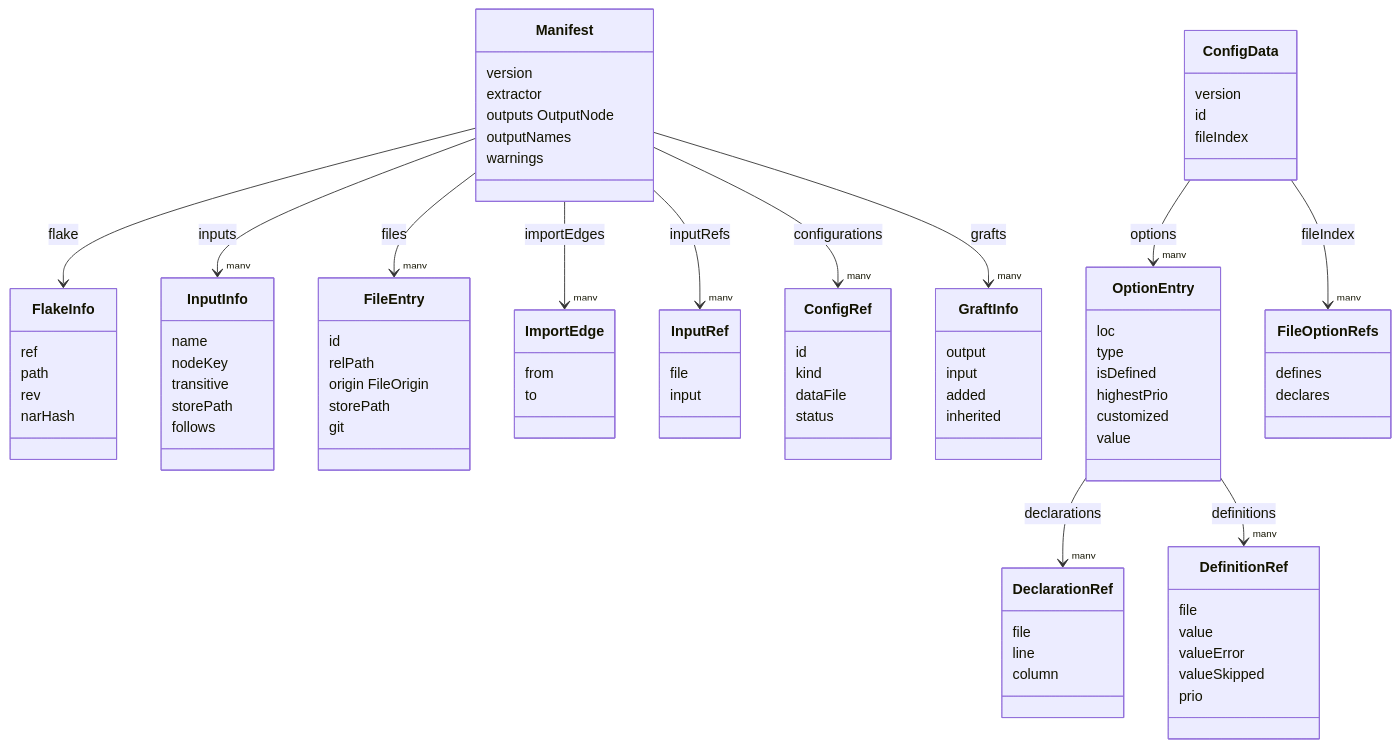
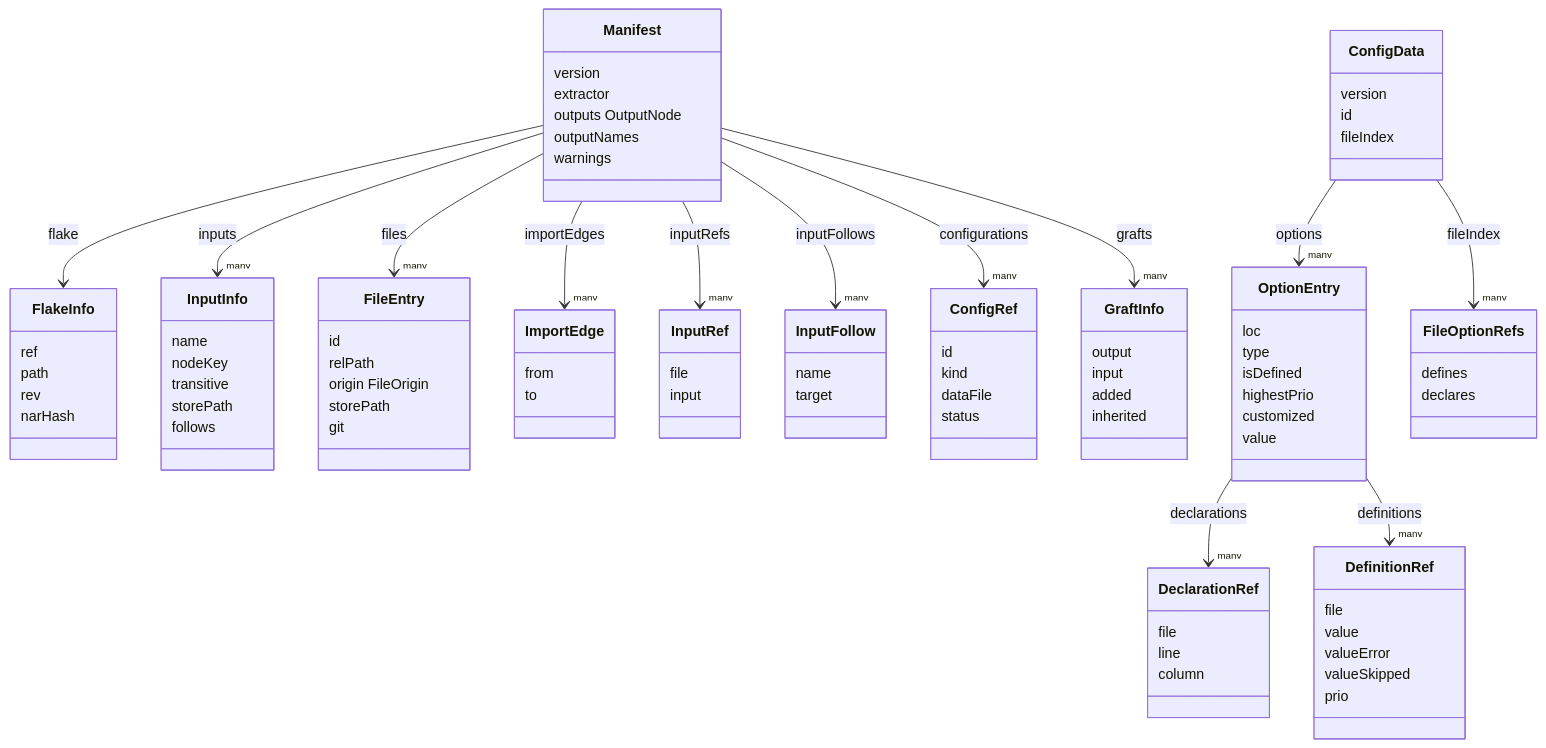
The diagram in docs/data-schema.md (kriswill/flake-explorer), drawn with Mermaid before and after one commit. The commit also changed 11 other files, not shown here.

```diff
--- a/docs/data-schema.md
+++ b/docs/data-schema.md
@@ -55,6 +55,10 @@
   class InputRef {
     file
     input
+  }
+  class InputFollow {
+    name
+    target
   }
   class ConfigRef {
     id
@@ -102,6 +106,7 @@
   Manifest --> "many" FileEntry : files
   Manifest --> "many" ImportEdge : importEdges
   Manifest --> "many" InputRef : inputRefs
+  Manifest --> "many" InputFollow : inputFollows
   Manifest --> "many" ConfigRef : configurations
   Manifest --> "many" GraftInfo : grafts
   ConfigData --> "many" OptionEntry : options
```
